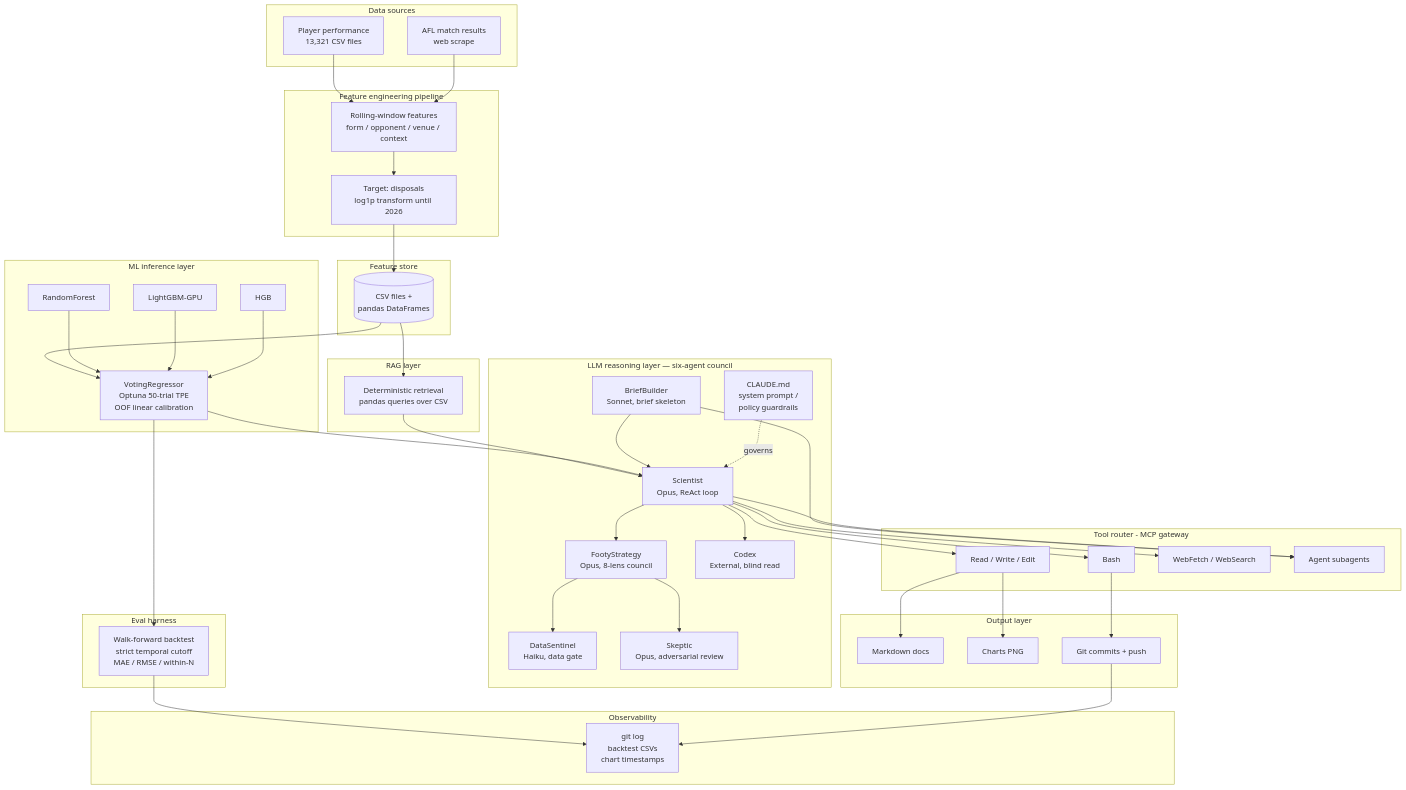
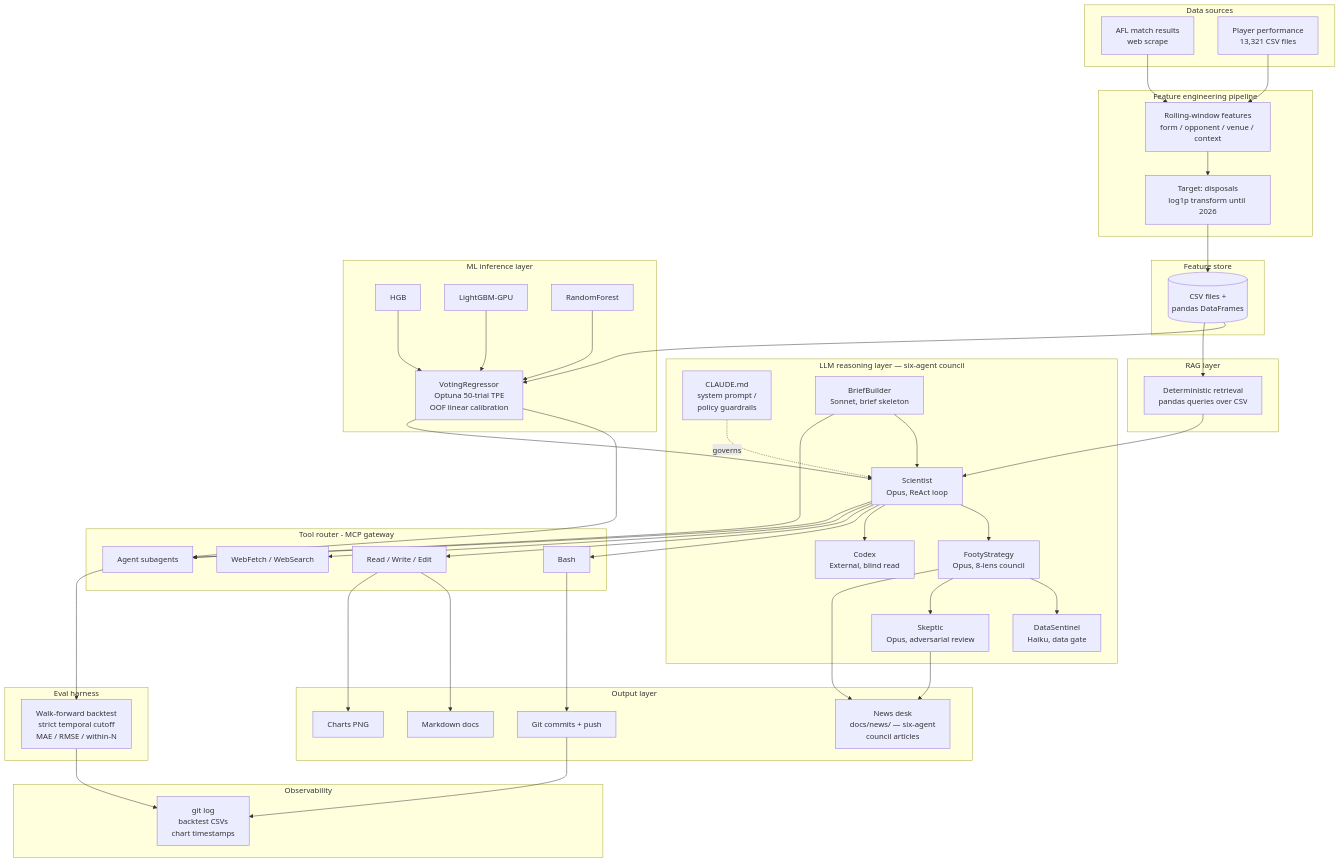
Before and after one commit to apur27/SuperCoach-VIA: the diagram in docs/ai-architecture.md, drawn with Mermaid. The commit also changed other lines of this file, not shown here.

First line of the commit message:
Update ai-architecture.md for six-agent council news desk + refresh step 2c

````diff
--- a/docs/ai-architecture.md
+++ b/docs/ai-architecture.md
@@ -75,6 +75,7 @@
         I1[Markdown docs]
         I2[Charts PNG]
         I3[Git commits + push]
+        I4[News desk<br/>docs/news/ — six-agent<br/>council articles]
     end
 
     subgraph Obs["Observability"]
@@ -97,6 +98,8 @@
     F2 --> I1
     F2 --> I2
     F1 --> I3
+    E3 --> I4
+    E6 --> I4
     I3 --> J1
     H1 --> J1
 ```
````
